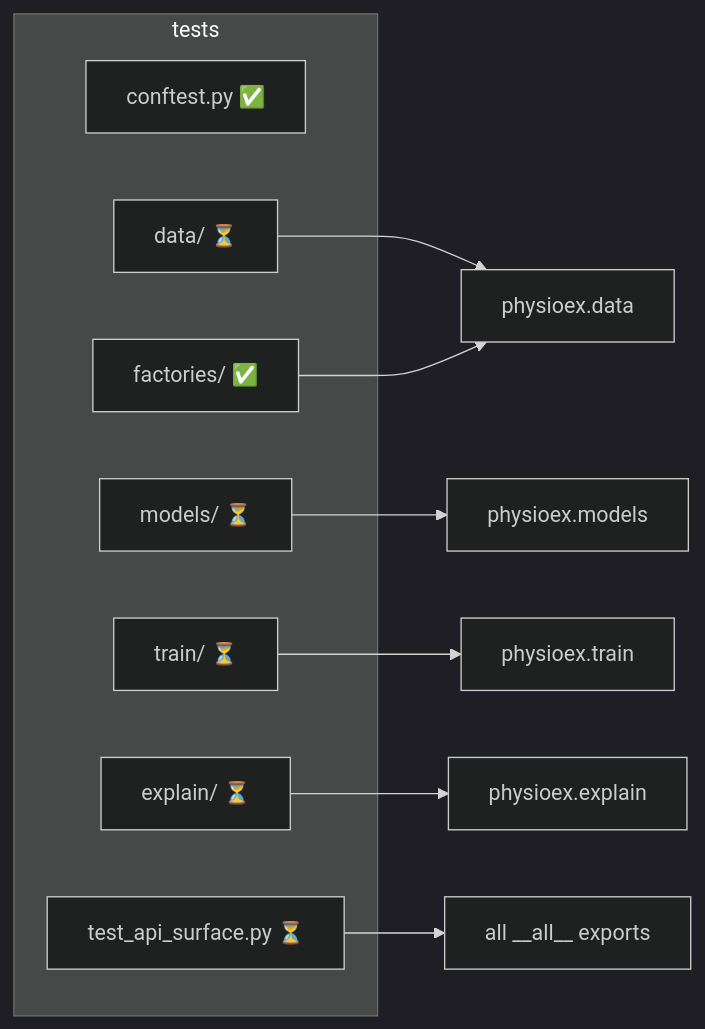
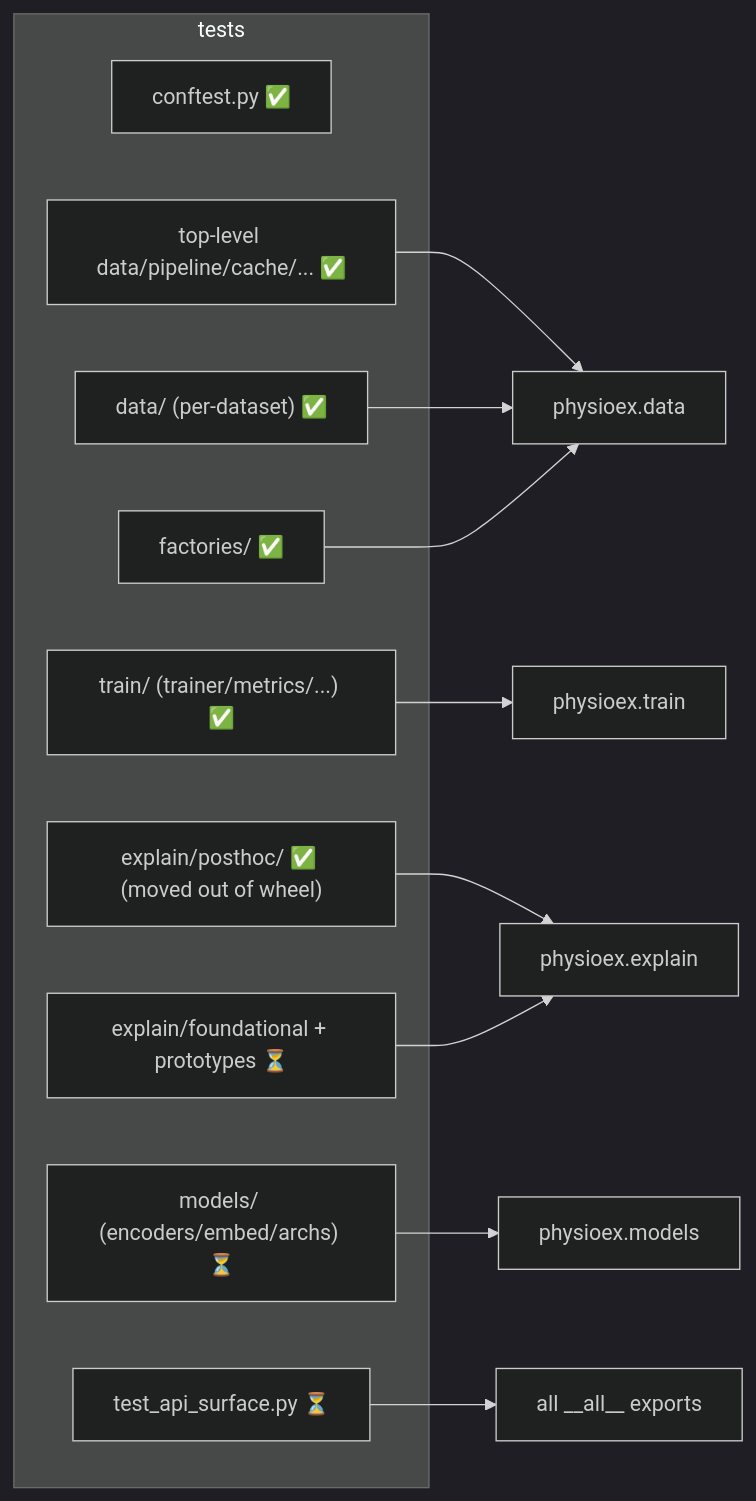
One commit to guidogagl/physioex changed the third of 3 diagrams in docs/pages/architecture/testing/overview.md. Above: the diagram before and after it, drawn with Mermaid (dark theme). The commit also changed other lines of this file, not shown here.

First line of the commit message:
Fase B: update DIAGRAMMA B (test-suite) to completed state

````diff
--- a/docs/pages/architecture/testing/overview.md
+++ b/docs/pages/architecture/testing/overview.md
@@ -68,18 +68,22 @@
 ```mermaid
 flowchart LR
     subgraph tests
         CF["conftest.py ✅"]
         FAC["factories/ ✅"]
-        TD["data/ ⏳"]
-        TM["models/ ⏳"]
-        TT["train/ ⏳"]
-        TE["explain/ ⏳"]
+        TD["top-level data/pipeline/cache/... ✅"]
+        TDATA["data/ (per-dataset) ✅"]
+        TT["train/ (trainer/metrics/...) ✅"]
+        TE["explain/posthoc/ ✅ (moved out of wheel)"]
+        TEF["explain/foundational + prototypes ⏳"]
+        TM["models/ (encoders/embed/archs) ⏳"]
         TA["test_api_surface.py ⏳"]
     end
     TD --> DATA["physioex.data"]
-    TM --> MODELS["physioex.models"]
+    TDATA --> DATA
     TT --> TRAIN["physioex.train"]
     TE --> EXPLAIN["physioex.explain"]
+    TEF --> EXPLAIN
+    TM --> MODELS["physioex.models"]
     TA --> ALL["all __all__ exports"]
     FAC --> DATA
 ```
````
